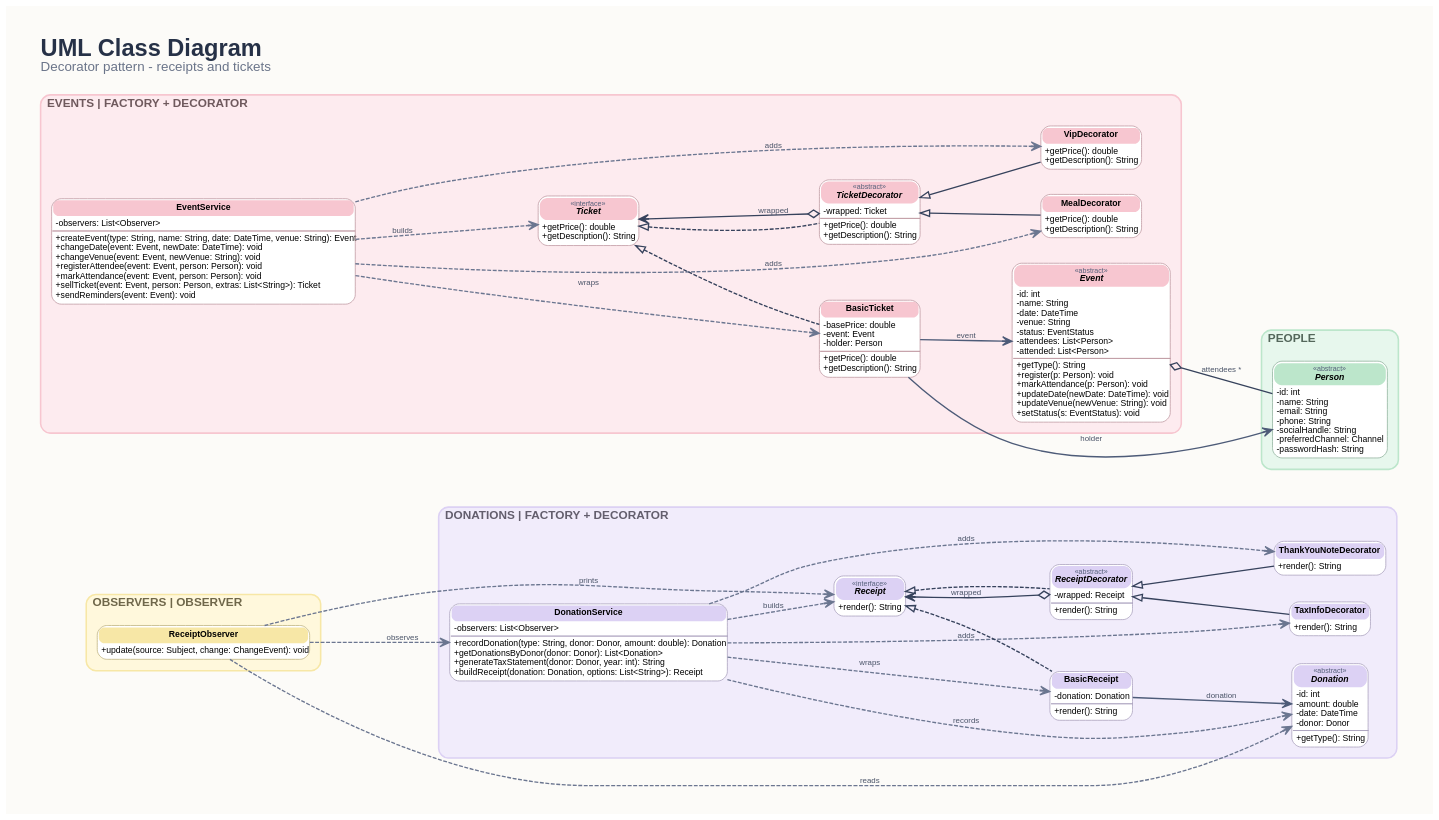
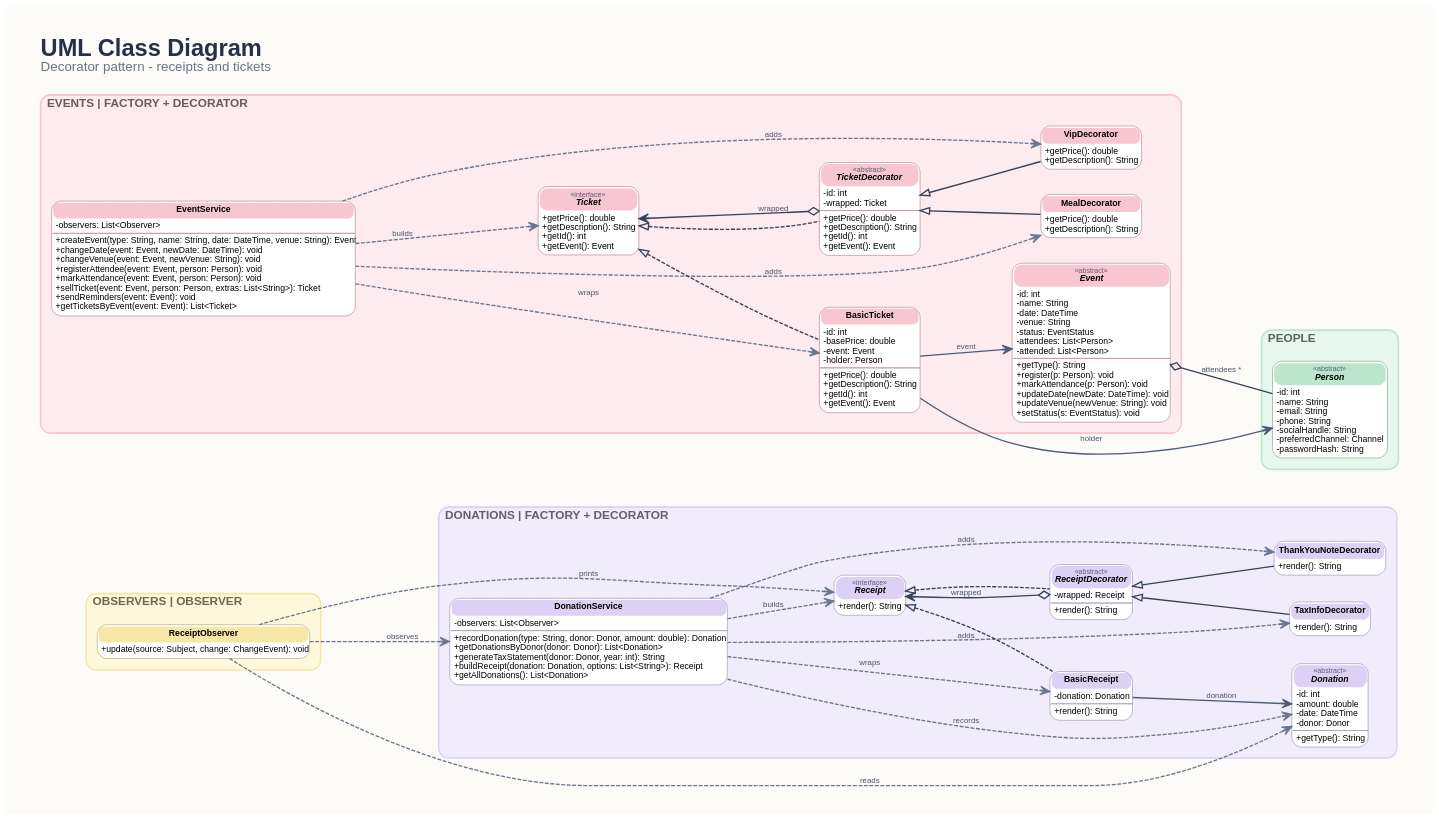
Before and after one commit to ahmed-khaled04/donation-management-system: the diagram in docs/class-diagram/04-decorator.dot, drawn with Graphviz. The commit also changed 23 other files, not shown here.

Commit message:
Update class diagrams and SRS for the dashboard, login and validation

```diff
--- a/docs/class-diagram/04-decorator.dot
+++ b/docs/class-diagram/04-decorator.dot
@@ -18,7 +18,7 @@
   }
   subgraph cluster_DON {
     label=<<FONT POINT-SIZE="15" COLOR="#635e6d"><B>DONATIONS | FACTORY + DECORATOR</B></FONT>>; fillcolor="#f1ecfb"; color="#dcd1f4"; margin=14;
-    DonationService [label=<<TABLE BORDER="1" CELLBORDER="0" CELLSPACING="1" CELLPADDING="3" STYLE="ROUNDED" BGCOLOR="white" COLOR="#aba3be"><TR><TD BGCOLOR="#dcd1f4" STYLE="ROUNDED" CELLPADDING="4"><B>DonationService</B></TD></TR><TR><TD ALIGN="LEFT" BALIGN="LEFT">-observers: List&lt;Observer&gt;<BR ALIGN="LEFT"/></TD></TR><HR/><TR><TD ALIGN="LEFT" BALIGN="LEFT">+recordDonation(type: String, donor: Donor, amount: double): Donation<BR ALIGN="LEFT"/>+getDonationsByDonor(donor: Donor): List&lt;Donation&gt;<BR ALIGN="LEFT"/>+generateTaxStatement(donor: Donor, year: int): String<BR ALIGN="LEFT"/>+buildReceipt(donation: Donation, options: List&lt;String&gt;): Receipt<BR ALIGN="LEFT"/></TD></TR></TABLE>>];
+    DonationService [label=<<TABLE BORDER="1" CELLBORDER="0" CELLSPACING="1" CELLPADDING="3" STYLE="ROUNDED" BGCOLOR="white" COLOR="#aba3be"><TR><TD BGCOLOR="#dcd1f4" STYLE="ROUNDED" CELLPADDING="4"><B>DonationService</B></TD></TR><TR><TD ALIGN="LEFT" BALIGN="LEFT">-observers: List&lt;Observer&gt;<BR ALIGN="LEFT"/></TD></TR><HR/><TR><TD ALIGN="LEFT" BALIGN="LEFT">+recordDonation(type: String, donor: Donor, amount: double): Donation<BR ALIGN="LEFT"/>+getDonationsByDonor(donor: Donor): List&lt;Donation&gt;<BR ALIGN="LEFT"/>+generateTaxStatement(donor: Donor, year: int): String<BR ALIGN="LEFT"/>+buildReceipt(donation: Donation, options: List&lt;String&gt;): Receipt<BR ALIGN="LEFT"/>+getAllDonations(): List&lt;Donation&gt;<BR ALIGN="LEFT"/></TD></TR></TABLE>>];
     Donation [label=<<TABLE BORDER="1" CELLBORDER="0" CELLSPACING="1" CELLPADDING="3" STYLE="ROUNDED" BGCOLOR="white" COLOR="#aba3be"><TR><TD BGCOLOR="#dcd1f4" STYLE="ROUNDED" CELLPADDING="4"><FONT POINT-SIZE="9" COLOR="#55607a">«abstract»</FONT><BR/><I><B>Donation</B></I></TD></TR><TR><TD ALIGN="LEFT" BALIGN="LEFT">-id: int<BR ALIGN="LEFT"/>-amount: double<BR ALIGN="LEFT"/>-date: DateTime<BR ALIGN="LEFT"/>-donor: Donor<BR ALIGN="LEFT"/></TD></TR><HR/><TR><TD ALIGN="LEFT" BALIGN="LEFT">+getType(): String<BR ALIGN="LEFT"/></TD></TR></TABLE>>];
     Receipt [label=<<TABLE BORDER="1" CELLBORDER="0" CELLSPACING="1" CELLPADDING="3" STYLE="ROUNDED" BGCOLOR="white" COLOR="#aba3be"><TR><TD BGCOLOR="#dcd1f4" STYLE="ROUNDED" CELLPADDING="4"><FONT POINT-SIZE="9" COLOR="#55607a">«interface»</FONT><BR/><I><B>Receipt</B></I></TD></TR><TR><TD ALIGN="LEFT" BALIGN="LEFT">+render(): String<BR ALIGN="LEFT"/></TD></TR></TABLE>>];
     BasicReceipt [label=<<TABLE BORDER="1" CELLBORDER="0" CELLSPACING="1" CELLPADDING="3" STYLE="ROUNDED" BGCOLOR="white" COLOR="#aba3be"><TR><TD BGCOLOR="#dcd1f4" STYLE="ROUNDED" CELLPADDING="4"><B>BasicReceipt</B></TD></TR><TR><TD ALIGN="LEFT" BALIGN="LEFT">-donation: Donation<BR ALIGN="LEFT"/></TD></TR><HR/><TR><TD ALIGN="LEFT" BALIGN="LEFT">+render(): String<BR ALIGN="LEFT"/></TD></TR></TABLE>>];
@@ -28,11 +28,11 @@
   }
   subgraph cluster_EVT {
     label=<<FONT POINT-SIZE="15" COLOR="#6f595d"><B>EVENTS | FACTORY + DECORATOR</B></FONT>>; fillcolor="#fdebef"; color="#f7c6d0"; margin=14;
-    EventService [label=<<TABLE BORDER="1" CELLBORDER="0" CELLSPACING="1" CELLPADDING="3" STYLE="ROUNDED" BGCOLOR="white" COLOR="#c09aa2"><TR><TD BGCOLOR="#f7c6d0" STYLE="ROUNDED" CELLPADDING="4"><B>EventService</B></TD></TR><TR><TD ALIGN="LEFT" BALIGN="LEFT">-observers: List&lt;Observer&gt;<BR ALIGN="LEFT"/></TD></TR><HR/><TR><TD ALIGN="LEFT" BALIGN="LEFT">+createEvent(type: String, name: String, date: DateTime, venue: String): Event<BR ALIGN="LEFT"/>+changeDate(event: Event, newDate: DateTime): void<BR ALIGN="LEFT"/>+changeVenue(event: Event, newVenue: String): void<BR ALIGN="LEFT"/>+registerAttendee(event: Event, person: Person): void<BR ALIGN="LEFT"/>+markAttendance(event: Event, person: Person): void<BR ALIGN="LEFT"/>+sellTicket(event: Event, person: Person, extras: List&lt;String&gt;): Ticket<BR ALIGN="LEFT"/>+sendReminders(event: Event): void<BR ALIGN="LEFT"/></TD></TR></TABLE>>];
+    EventService [label=<<TABLE BORDER="1" CELLBORDER="0" CELLSPACING="1" CELLPADDING="3" STYLE="ROUNDED" BGCOLOR="white" COLOR="#c09aa2"><TR><TD BGCOLOR="#f7c6d0" STYLE="ROUNDED" CELLPADDING="4"><B>EventService</B></TD></TR><TR><TD ALIGN="LEFT" BALIGN="LEFT">-observers: List&lt;Observer&gt;<BR ALIGN="LEFT"/></TD></TR><HR/><TR><TD ALIGN="LEFT" BALIGN="LEFT">+createEvent(type: String, name: String, date: DateTime, venue: String): Event<BR ALIGN="LEFT"/>+changeDate(event: Event, newDate: DateTime): void<BR ALIGN="LEFT"/>+changeVenue(event: Event, newVenue: String): void<BR ALIGN="LEFT"/>+registerAttendee(event: Event, person: Person): void<BR ALIGN="LEFT"/>+markAttendance(event: Event, person: Person): void<BR ALIGN="LEFT"/>+sellTicket(event: Event, person: Person, extras: List&lt;String&gt;): Ticket<BR ALIGN="LEFT"/>+sendReminders(event: Event): void<BR ALIGN="LEFT"/>+getTicketsByEvent(event: Event): List&lt;Ticket&gt;<BR ALIGN="LEFT"/></TD></TR></TABLE>>];
     Event [label=<<TABLE BORDER="1" CELLBORDER="0" CELLSPACING="1" CELLPADDING="3" STYLE="ROUNDED" BGCOLOR="white" COLOR="#c09aa2"><TR><TD BGCOLOR="#f7c6d0" STYLE="ROUNDED" CELLPADDING="4"><FONT POINT-SIZE="9" COLOR="#55607a">«abstract»</FONT><BR/><I><B>Event</B></I></TD></TR><TR><TD ALIGN="LEFT" BALIGN="LEFT">-id: int<BR ALIGN="LEFT"/>-name: String<BR ALIGN="LEFT"/>-date: DateTime<BR ALIGN="LEFT"/>-venue: String<BR ALIGN="LEFT"/>-status: EventStatus<BR ALIGN="LEFT"/>-attendees: List&lt;Person&gt;<BR ALIGN="LEFT"/>-attended: List&lt;Person&gt;<BR ALIGN="LEFT"/></TD></TR><HR/><TR><TD ALIGN="LEFT" BALIGN="LEFT">+getType(): String<BR ALIGN="LEFT"/>+register(p: Person): void<BR ALIGN="LEFT"/>+markAttendance(p: Person): void<BR ALIGN="LEFT"/>+updateDate(newDate: DateTime): void<BR ALIGN="LEFT"/>+updateVenue(newVenue: String): void<BR ALIGN="LEFT"/>+setStatus(s: EventStatus): void<BR ALIGN="LEFT"/></TD></TR></TABLE>>];
-    Ticket [label=<<TABLE BORDER="1" CELLBORDER="0" CELLSPACING="1" CELLPADDING="3" STYLE="ROUNDED" BGCOLOR="white" COLOR="#c09aa2"><TR><TD BGCOLOR="#f7c6d0" STYLE="ROUNDED" CELLPADDING="4"><FONT POINT-SIZE="9" COLOR="#55607a">«interface»</FONT><BR/><I><B>Ticket</B></I></TD></TR><TR><TD ALIGN="LEFT" BALIGN="LEFT">+getPrice(): double<BR ALIGN="LEFT"/>+getDescription(): String<BR ALIGN="LEFT"/></TD></TR></TABLE>>];
-    BasicTicket [label=<<TABLE BORDER="1" CELLBORDER="0" CELLSPACING="1" CELLPADDING="3" STYLE="ROUNDED" BGCOLOR="white" COLOR="#c09aa2"><TR><TD BGCOLOR="#f7c6d0" STYLE="ROUNDED" CELLPADDING="4"><B>BasicTicket</B></TD></TR><TR><TD ALIGN="LEFT" BALIGN="LEFT">-basePrice: double<BR ALIGN="LEFT"/>-event: Event<BR ALIGN="LEFT"/>-holder: Person<BR ALIGN="LEFT"/></TD></TR><HR/><TR><TD ALIGN="LEFT" BALIGN="LEFT">+getPrice(): double<BR ALIGN="LEFT"/>+getDescription(): String<BR ALIGN="LEFT"/></TD></TR></TABLE>>];
-    TicketDecorator [label=<<TABLE BORDER="1" CELLBORDER="0" CELLSPACING="1" CELLPADDING="3" STYLE="ROUNDED" BGCOLOR="white" COLOR="#c09aa2"><TR><TD BGCOLOR="#f7c6d0" STYLE="ROUNDED" CELLPADDING="4"><FONT POINT-SIZE="9" COLOR="#55607a">«abstract»</FONT><BR/><I><B>TicketDecorator</B></I></TD></TR><TR><TD ALIGN="LEFT" BALIGN="LEFT">-wrapped: Ticket<BR ALIGN="LEFT"/></TD></TR><HR/><TR><TD ALIGN="LEFT" BALIGN="LEFT">+getPrice(): double<BR ALIGN="LEFT"/>+getDescription(): String<BR ALIGN="LEFT"/></TD></TR></TABLE>>];
+    Ticket [label=<<TABLE BORDER="1" CELLBORDER="0" CELLSPACING="1" CELLPADDING="3" STYLE="ROUNDED" BGCOLOR="white" COLOR="#c09aa2"><TR><TD BGCOLOR="#f7c6d0" STYLE="ROUNDED" CELLPADDING="4"><FONT POINT-SIZE="9" COLOR="#55607a">«interface»</FONT><BR/><I><B>Ticket</B></I></TD></TR><TR><TD ALIGN="LEFT" BALIGN="LEFT">+getPrice(): double<BR ALIGN="LEFT"/>+getDescription(): String<BR ALIGN="LEFT"/>+getId(): int<BR ALIGN="LEFT"/>+getEvent(): Event<BR ALIGN="LEFT"/></TD></TR></TABLE>>];
+    BasicTicket [label=<<TABLE BORDER="1" CELLBORDER="0" CELLSPACING="1" CELLPADDING="3" STYLE="ROUNDED" BGCOLOR="white" COLOR="#c09aa2"><TR><TD BGCOLOR="#f7c6d0" STYLE="ROUNDED" CELLPADDING="4"><B>BasicTicket</B></TD></TR><TR><TD ALIGN="LEFT" BALIGN="LEFT">-id: int<BR ALIGN="LEFT"/>-basePrice: double<BR ALIGN="LEFT"/>-event: Event<BR ALIGN="LEFT"/>-holder: Person<BR ALIGN="LEFT"/></TD></TR><HR/><TR><TD ALIGN="LEFT" BALIGN="LEFT">+getPrice(): double<BR ALIGN="LEFT"/>+getDescription(): String<BR ALIGN="LEFT"/>+getId(): int<BR ALIGN="LEFT"/>+getEvent(): Event<BR ALIGN="LEFT"/></TD></TR></TABLE>>];
+    TicketDecorator [label=<<TABLE BORDER="1" CELLBORDER="0" CELLSPACING="1" CELLPADDING="3" STYLE="ROUNDED" BGCOLOR="white" COLOR="#c09aa2"><TR><TD BGCOLOR="#f7c6d0" STYLE="ROUNDED" CELLPADDING="4"><FONT POINT-SIZE="9" COLOR="#55607a">«abstract»</FONT><BR/><I><B>TicketDecorator</B></I></TD></TR><TR><TD ALIGN="LEFT" BALIGN="LEFT">-id: int<BR ALIGN="LEFT"/>-wrapped: Ticket<BR ALIGN="LEFT"/></TD></TR><HR/><TR><TD ALIGN="LEFT" BALIGN="LEFT">+getPrice(): double<BR ALIGN="LEFT"/>+getDescription(): String<BR ALIGN="LEFT"/>+getId(): int<BR ALIGN="LEFT"/>+getEvent(): Event<BR ALIGN="LEFT"/></TD></TR></TABLE>>];
     VipDecorator [label=<<TABLE BORDER="1" CELLBORDER="0" CELLSPACING="1" CELLPADDING="3" STYLE="ROUNDED" BGCOLOR="white" COLOR="#c09aa2"><TR><TD BGCOLOR="#f7c6d0" STYLE="ROUNDED" CELLPADDING="4"><B>VipDecorator</B></TD></TR><TR><TD ALIGN="LEFT" BALIGN="LEFT">+getPrice(): double<BR ALIGN="LEFT"/>+getDescription(): String<BR ALIGN="LEFT"/></TD></TR></TABLE>>];
     MealDecorator [label=<<TABLE BORDER="1" CELLBORDER="0" CELLSPACING="1" CELLPADDING="3" STYLE="ROUNDED" BGCOLOR="white" COLOR="#c09aa2"><TR><TD BGCOLOR="#f7c6d0" STYLE="ROUNDED" CELLPADDING="4"><B>MealDecorator</B></TD></TR><TR><TD ALIGN="LEFT" BALIGN="LEFT">+getPrice(): double<BR ALIGN="LEFT"/>+getDescription(): String<BR ALIGN="LEFT"/></TD></TR></TABLE>>];
   }
@@ -53,6 +53,12 @@
   }
   subgraph cluster_PERS {
     label=<<FONT POINT-SIZE="15" COLOR="#5f6265"><B>PERSISTENCE | DAO + SINGLETON</B></FONT>>; fillcolor="#f0f2f5"; color="#d5dae2"; margin=14;
+  }
+  subgraph cluster_ACT {
+    label=<<FONT POINT-SIZE="15" COLOR="#62674a"><B>DASHBOARD | ACTIVITY LOG</B></FONT>>; fillcolor="#f6f9e4"; color="#e3ecb8"; margin=14;
+  }
+  subgraph cluster_VAL {
+    label=<<FONT POINT-SIZE="15" COLOR="#585c70"><B>VALIDATION</B></FONT>>; fillcolor="#eceefd"; color="#c9cff5"; margin=14;
   }
   Receipt -> BasicReceipt [dir="back", arrowtail="empty", color="#36425c", style="dashed"];
   Receipt -> ReceiptDecorator [dir="back", arrowtail="empty", color="#36425c", style="dashed"];
```
